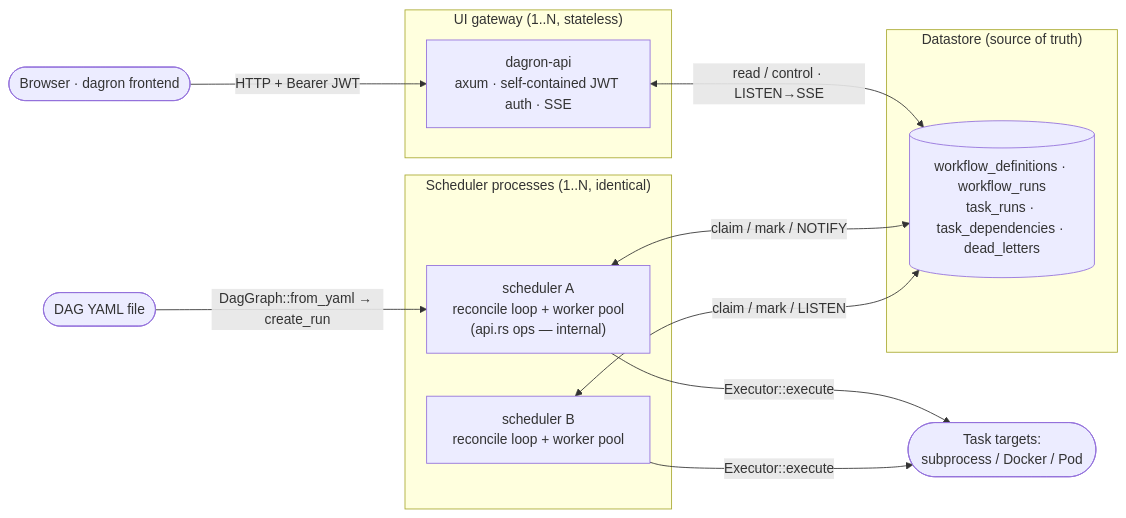
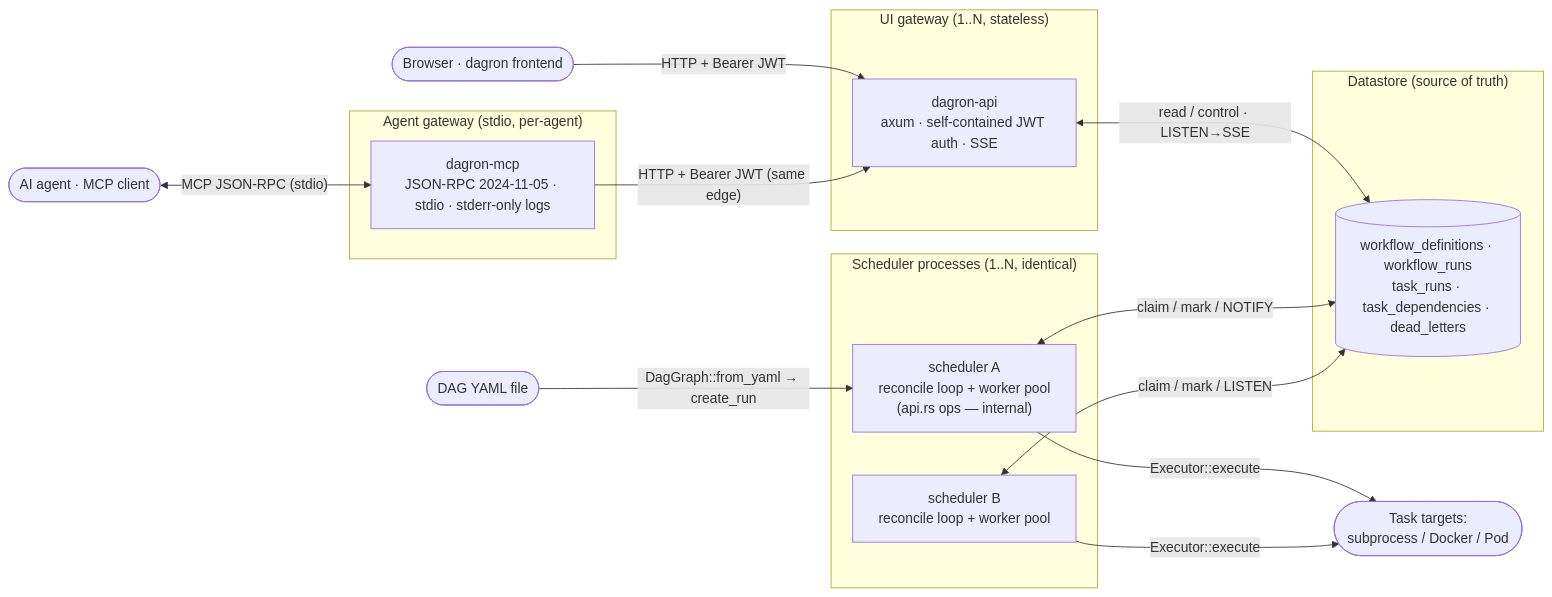
The first of 14 diagrams in docs/ARCHITECTURE.md (lucheeseng827/dagron), drawn with Mermaid before and after one commit. The commit also changed other lines of this file and 99 other files, not shown here.

````diff
--- a/docs/ARCHITECTURE.md
+++ b/docs/ARCHITECTURE.md
@@ -20,24 +20,30 @@
 ```mermaid
 flowchart LR
     yaml([DAG YAML file])
     browser([Browser · dagron frontend])
+    agent([AI agent · MCP client])
     subgraph edge["UI gateway (1..N, stateless)"]
         gw["dagron-api<br/>axum · self-contained JWT auth · SSE"]
+    end
+    subgraph mcp["Agent gateway (stdio, per-agent)"]
+        mc["dagron-mcp<br/>JSON-RPC 2024-11-05 · stdio · stderr-only logs"]
     end
     subgraph schedulers["Scheduler processes (1..N, identical)"]
         s1["scheduler A<br/>reconcile loop + worker pool<br/>(api.rs ops — internal)"]
         s2["scheduler B<br/>reconcile loop + worker pool"]
     end
     subgraph store["Datastore (source of truth)"]
         db[("workflow_definitions · workflow_runs<br/>task_runs · task_dependencies · dead_letters")]
     end
     targets([Task targets:<br/>subprocess / Docker / Pod])
 
     yaml -->|"DagGraph::from_yaml → create_run"| s1
     browser -->|"HTTP + Bearer JWT"| gw
+    agent <-->|"MCP JSON-RPC (stdio)"| mc
+    mc -->|"HTTP + Bearer JWT (same edge)"| gw
     gw <-->|"read / control · LISTEN→SSE"| db
     s1 <-->|"claim / mark / NOTIFY"| db
     s2 <-->|"claim / mark / LISTEN"| db
     s1 -->|"Executor::execute"| targets
     s2 -->|"Executor::execute"| targets
 ```
````
